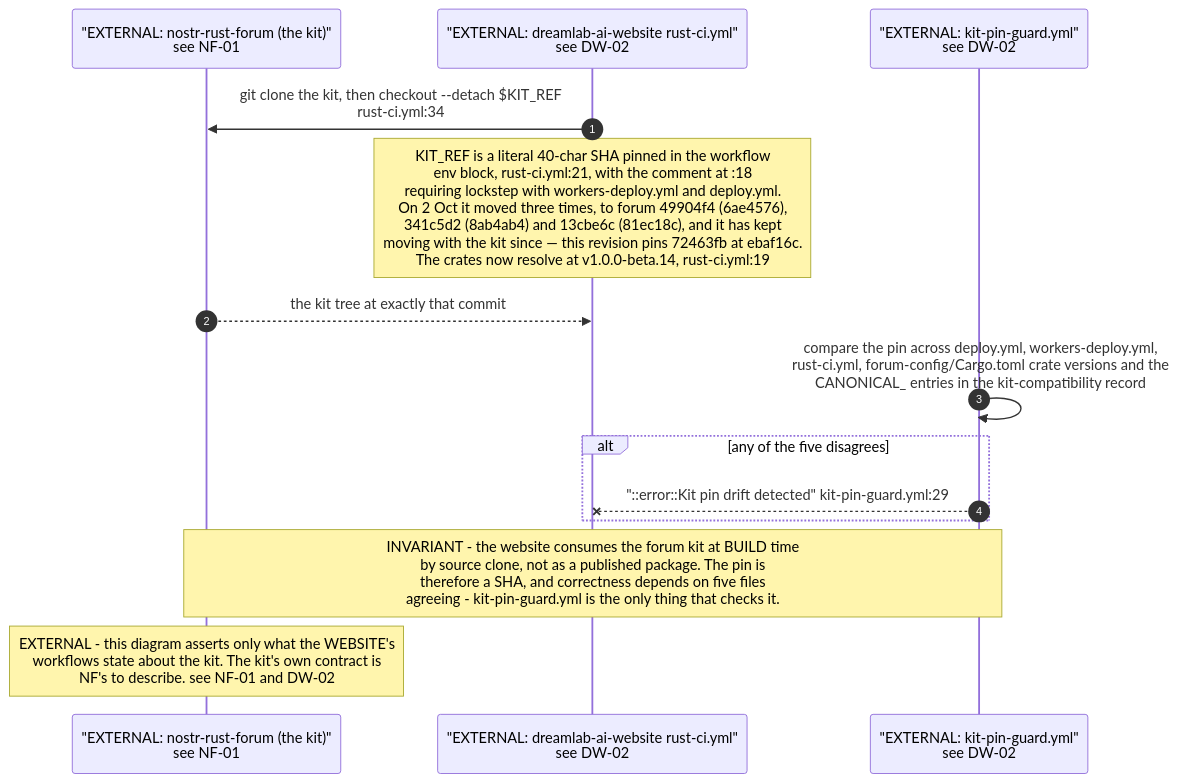
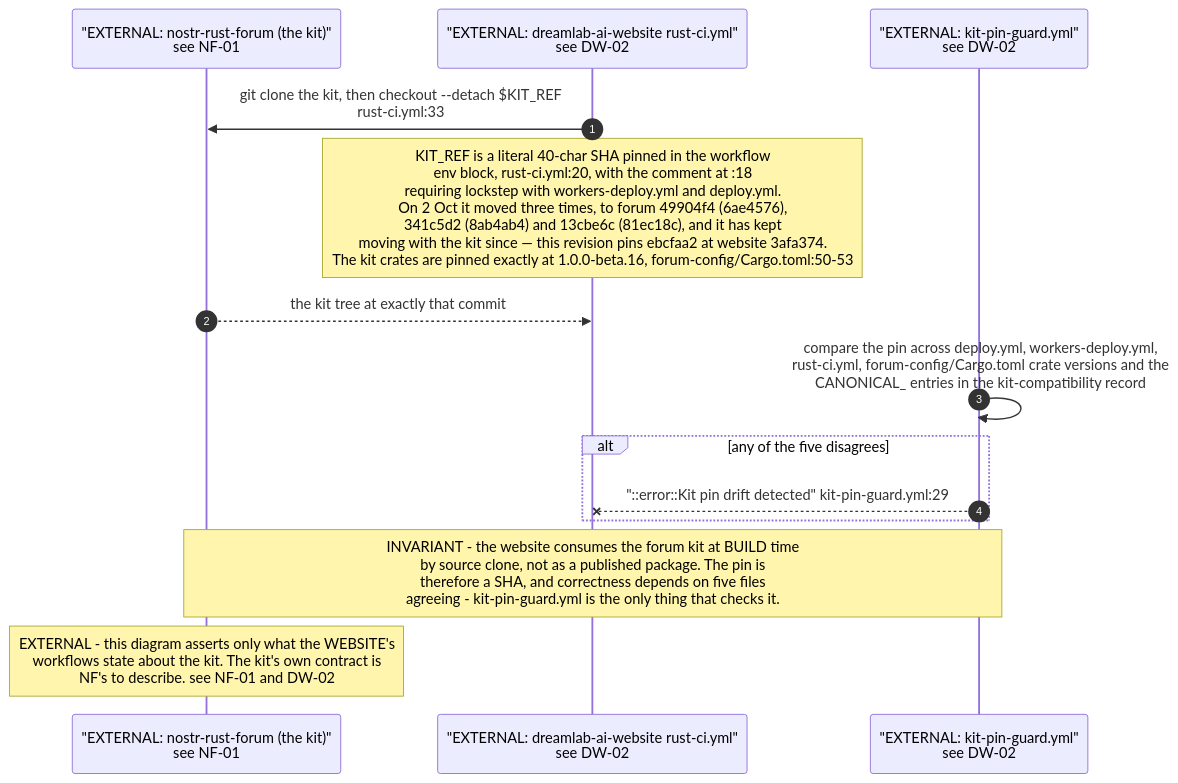
Before and after one commit to DreamLab-AI/VisionFlow: the fourth of 5 diagrams in docs/diagrams/estate/11-publishing-axis.md, drawn with Mermaid. The commit also changed other lines of this file and 160 other files, not shown here.

````diff
--- a/docs/diagrams/estate/11-publishing-axis.md
+++ b/docs/diagrams/estate/11-publishing-axis.md
@@ -116,17 +121,17 @@
 ```mermaid
 sequenceDiagram
     autonumber
     participant NF as "EXTERNAL: nostr-rust-forum (the kit)"<br/>see NF-01
     participant CI as "EXTERNAL: dreamlab-ai-website rust-ci.yml"<br/>see DW-02
     participant GUARD as "EXTERNAL: kit-pin-guard.yml"<br/>see DW-02
 
-    CI->>NF: git clone the kit, then checkout --detach $KIT_REF<br/>rust-ci.yml:34
-    Note over CI: KIT_REF is a literal 40-char SHA pinned in the workflow<br/>env block, rust-ci.yml:21, with the comment at :18<br/>requiring lockstep with workers-deploy.yml and deploy.yml.<br/>On 2 Oct it moved three times, to forum 49904f4 (6ae4576),<br/>341c5d2 (8ab4ab4) and 13cbe6c (81ec18c), and it has kept<br/>moving with the kit since — this revision pins 72463fb at ebaf16c.<br/>The crates now resolve at v1.0.0-beta.14, rust-ci.yml:19
+    CI->>NF: git clone the kit, then checkout --detach $KIT_REF<br/>rust-ci.yml:33
+    Note over CI: KIT_REF is a literal 40-char SHA pinned in the workflow<br/>env block, rust-ci.yml:20, with the comment at :18<br/>requiring lockstep with workers-deploy.yml and deploy.yml.<br/>On 2 Oct it moved three times, to forum 49904f4 (6ae4576),<br/>341c5d2 (8ab4ab4) and 13cbe6c (81ec18c), and it has kept<br/>moving with the kit since — this revision pins ebcfaa2 at website 3afa374.<br/>The kit crates are pinned exactly at 1.0.0-beta.16, forum-config/Cargo.toml:50-53
     NF-->>CI: the kit tree at exactly that commit
     GUARD->>GUARD: compare the pin across deploy.yml, workers-deploy.yml,<br/>rust-ci.yml, forum-config/Cargo.toml crate versions and the<br/>CANONICAL_ entries in the kit-compatibility record
     alt any of the five disagrees
         GUARD--xCI: "::error::Kit pin drift detected" kit-pin-guard.yml:29
     end
     Note over NF,GUARD: INVARIANT - the website consumes the forum kit at BUILD time<br/>by source clone, not as a published package. The pin is<br/>therefore a SHA, and correctness depends on five files<br/>agreeing - kit-pin-guard.yml is the only thing that checks it.
     Note over NF: EXTERNAL - this diagram asserts only what the WEBSITE's<br/>workflows state about the kit. The kit's own contract is<br/>NF's to describe. see NF-01 and DW-02
 ```
````
